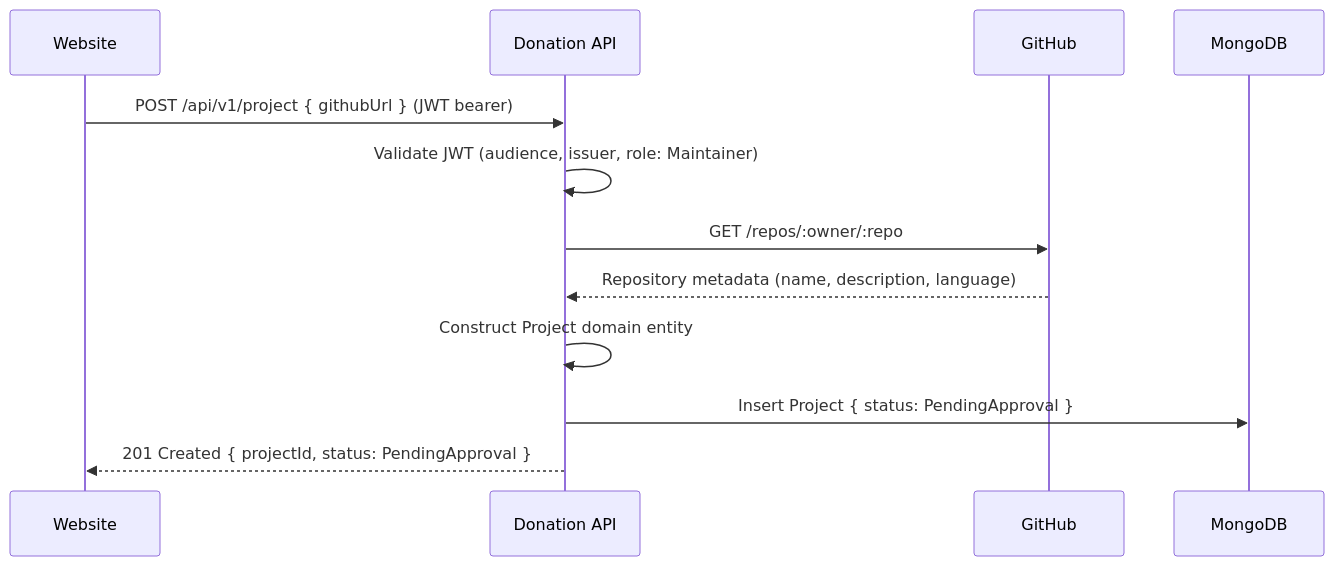
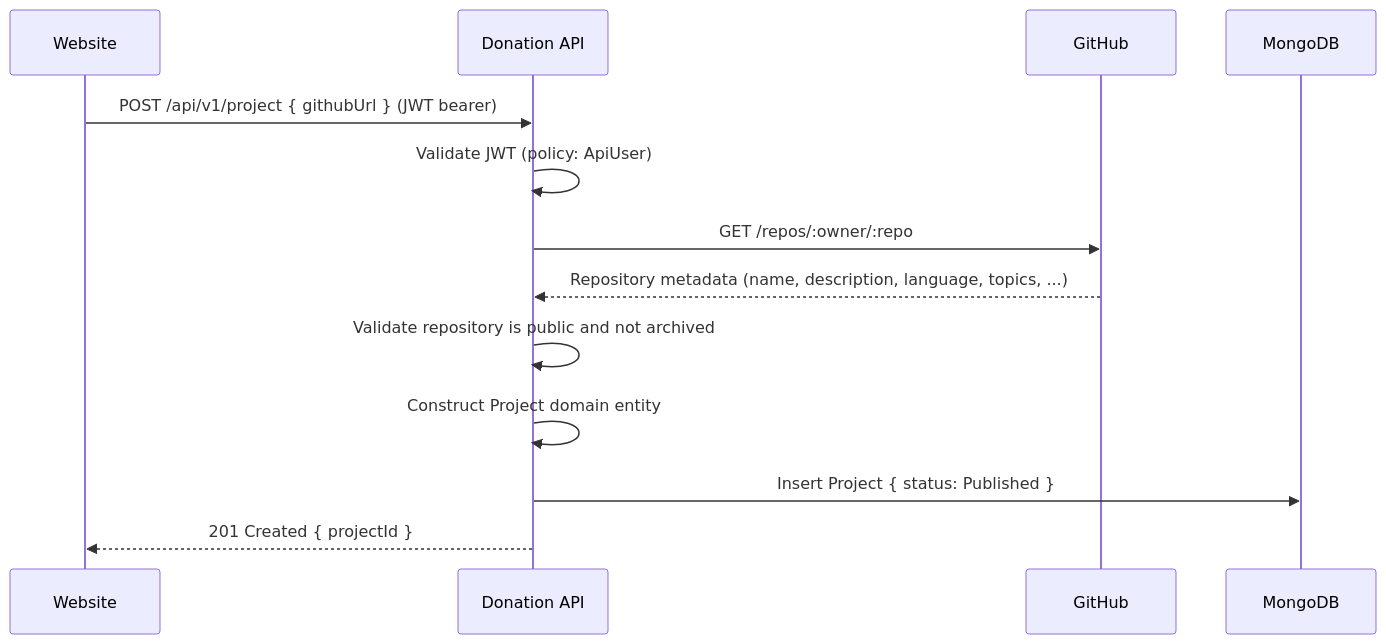
Before and after one commit to wouterfennis/TimeForCode: the third of 4 diagrams in docs/architecture/arc42/06-runtime-view.md, drawn with Mermaid. The commit also changed other lines of this file and 75 other files, not shown here.

````diff
--- a/docs/architecture/arc42/06-runtime-view.md
+++ b/docs/architecture/arc42/06-runtime-view.md
@@ -64,15 +62,16 @@
 ```mermaid
 sequenceDiagram
     participant Website
     participant DonationAPI as Donation API
     participant GitHub
     participant MongoDB
 
     Website->>DonationAPI: POST /api/v1/project { githubUrl } (JWT bearer)
-    DonationAPI->>DonationAPI: Validate JWT (audience, issuer, role: Maintainer)
+    DonationAPI->>DonationAPI: Validate JWT (policy: ApiUser)
     DonationAPI->>GitHub: GET /repos/:owner/:repo
-    GitHub-->>DonationAPI: Repository metadata (name, description, language)
+    GitHub-->>DonationAPI: Repository metadata (name, description, language, topics, ...)
+    DonationAPI->>DonationAPI: Validate repository is public and not archived
     DonationAPI->>DonationAPI: Construct Project domain entity
-    DonationAPI->>MongoDB: Insert Project { status: PendingApproval }
-    DonationAPI-->>Website: 201 Created { projectId, status: PendingApproval }
+    DonationAPI->>MongoDB: Insert Project { status: Published }
+    DonationAPI-->>Website: 201 Created { projectId }
 ```
````
